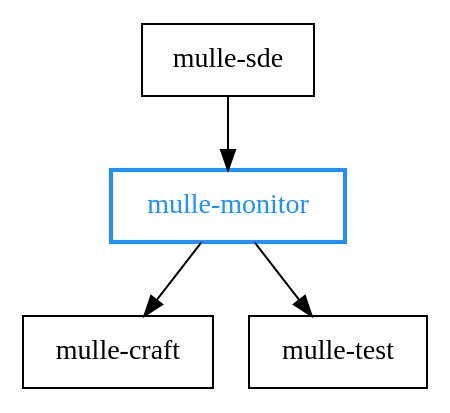
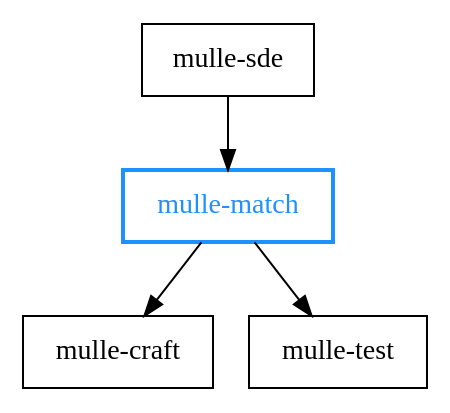
One commit to mulle-sde/mulle-match changed the diagram in dox/mulle-monitor-overview.dot. Above: the diagram before and after it, drawn with Graphviz. The commit also changed 51 other files, not shown here.

Commit message:
* split off from mulle-monitor

```diff
--- a/dox/mulle-monitor-overview.dot
+++ b/dox/mulle-monitor-overview.dot
@@ -1,16 +1,16 @@
 digraph G {
     graph [rankdir = TD];
 
     node[shape=record];
 
     subgraph agnostic
     {
         label = "Language agnostic";
 
-        "mulle-sde"       -> "mulle-monitor"
-        "mulle-monitor"   -> "mulle-craft"
-        "mulle-monitor"   -> "mulle-test"
+        "mulle-sde"       -> "mulle-match"
+        "mulle-match"   -> "mulle-craft"
+        "mulle-match"   -> "mulle-test"
 
-        "mulle-monitor"   [ color="dodgerblue"; fontcolor="dodgerblue"; penwidth="2"]
+        "mulle-match"   [ color="dodgerblue"; fontcolor="dodgerblue"; penwidth="2"]
     }
 }
```
